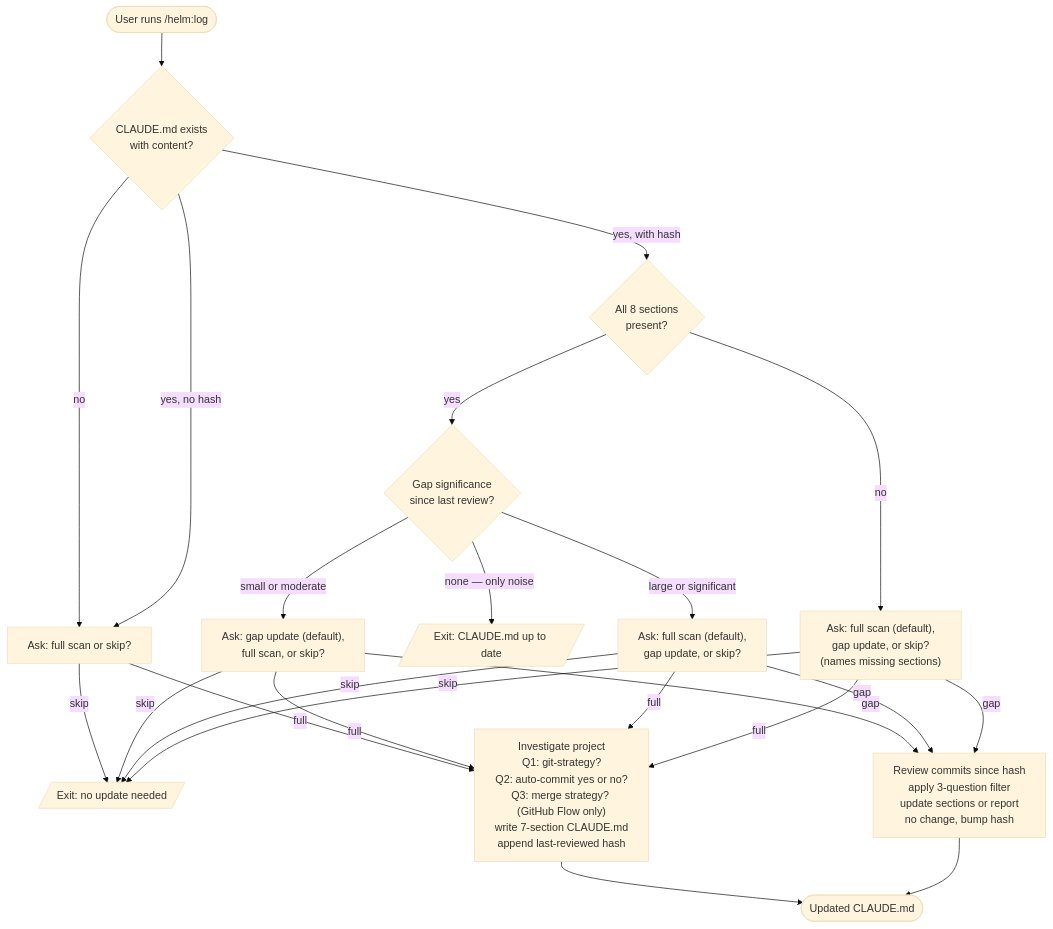
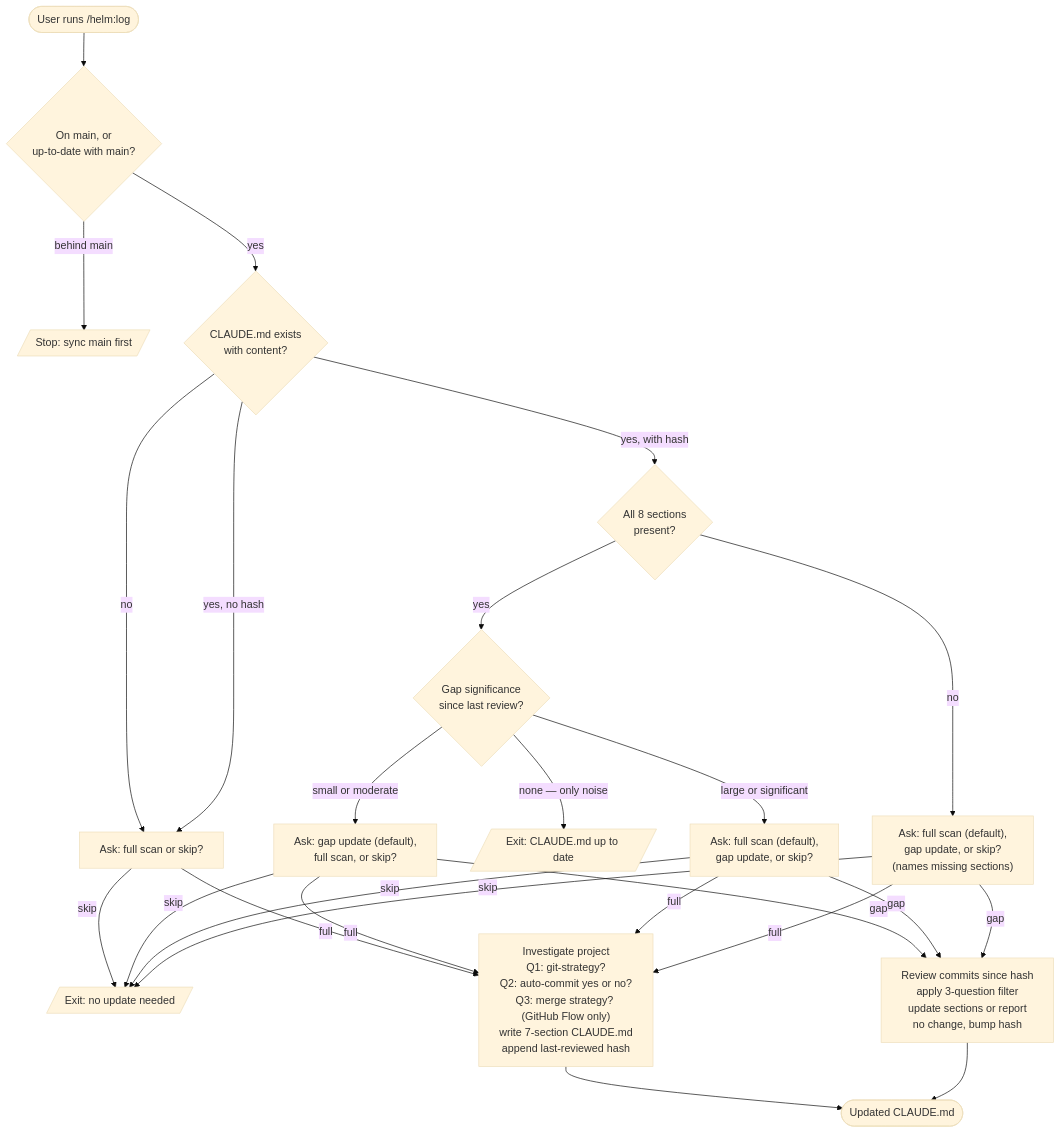
One commit to myowinthein/agent-helm changed the diagram in docs/commands/log.md. Above: the diagram before and after it, drawn with Mermaid (base theme). The commit also changed other lines of this file and 9 other files, not shown here.

First line of the commit message:
feat(project): gate canonical generators on up-to-date-with-main

````diff
--- a/docs/commands/log.md
+++ b/docs/commands/log.md
@@ -13,32 +13,34 @@
 ```mermaid
 flowchart TD
-  Start([User runs /helm:log]) --> Exists{CLAUDE.md exists<br/>with content?}
+  Start([User runs /helm:log]) --> Branch{On main, or<br/>up-to-date with main?}
+  Branch -->|behind main| StopSync[/Stop: sync main first/]
+  Branch -->|yes| Exists{CLAUDE.md exists<br/>with content?}
 
   Exists -->|no| Mode1[Ask: full scan or skip?]
   Exists -->|yes, no hash| Mode1
   Exists -->|yes, with hash| Schema{All 8 sections<br/>present?}
 
   Schema -->|no| Mode4["Ask: full scan (default),<br/>gap update, or skip?<br/>(names missing sections)"]
   Schema -->|yes| Gap{Gap significance<br/>since last review?}
 
   Gap -->|none — only noise| UpToDate[/Exit: CLAUDE.md up to date/]
   Gap -->|small or moderate| Mode2["Ask: gap update (default),<br/>full scan, or skip?"]
   Gap -->|large or significant| Mode3["Ask: full scan (default),<br/>gap update, or skip?"]
 
   Mode1 -->|skip| Skip[/Exit: no update needed/]
   Mode1 -->|full| Full
   Mode2 -->|skip| Skip
   Mode2 -->|full| Full
   Mode2 -->|gap| GapPath
   Mode3 -->|skip| Skip
   Mode3 -->|full| Full
   Mode3 -->|gap| GapPath
   Mode4 -->|skip| Skip
   Mode4 -->|full| Full
   Mode4 -->|gap| GapPath
 
   Full["Investigate project<br/>Q1: git-strategy?<br/>Q2: auto-commit yes or no?<br/>Q3: merge strategy? (GitHub Flow only)<br/>write 7-section CLAUDE.md<br/>append last-reviewed hash"] --> Done
   GapPath[Review commits since hash<br/>apply 3-question filter<br/>update sections or report<br/>no change, bump hash] --> Done
 
   Done([Updated CLAUDE.md])
 ```
````
